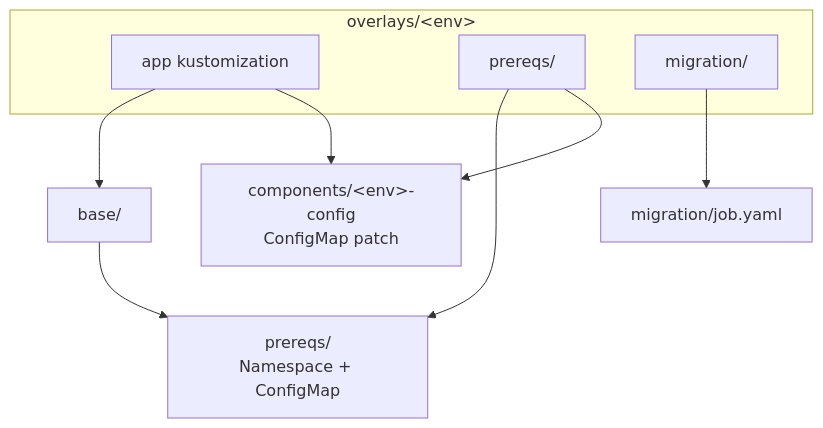
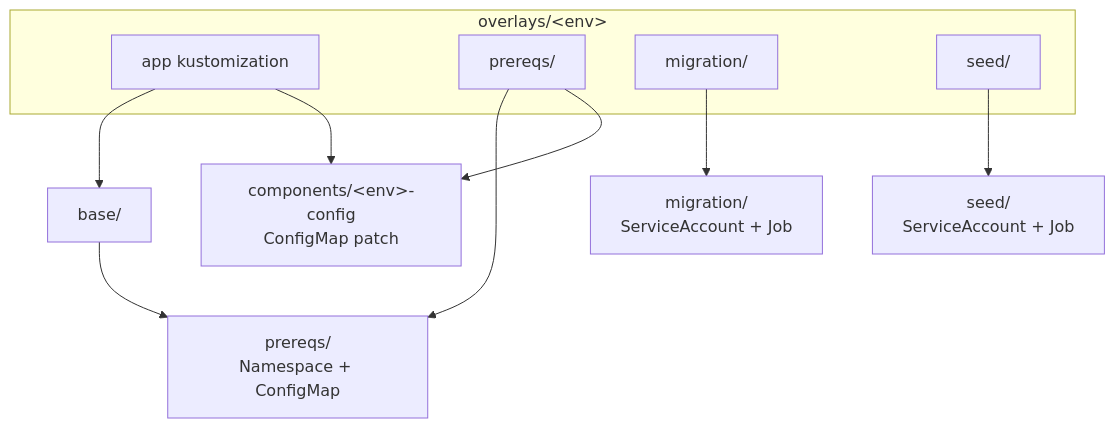
The second of 4 diagrams in deploy/k8s/README.md (chuanghiduoc/fiber-golang-boilerplate), drawn with Mermaid before and after one commit. The commit also changed other lines of this file and 911 other files, not shown here.

````diff
--- a/deploy/k8s/README.md
+++ b/deploy/k8s/README.md
@@ -66,17 +79,18 @@
 ```mermaid
 flowchart TB
     subgraph Overlay["overlays/&lt;env&gt;"]
         APP["app kustomization"]
         PRE["prereqs/"]
         MIG["migration/"]
+        SEED["seed/"]
     end
     COMP["components/&lt;env&gt;-config<br/>ConfigMap patch"]
     BASE["base/"]
     PREB["prereqs/<br/>Namespace + ConfigMap"]
-    JOBB["migration/job.yaml"]
     APP --> BASE --> PREB
     APP --> COMP
     PRE --> PREB
     PRE --> COMP
-    MIG --> JOBB
+    MIG --> JOBB["migration/<br/>ServiceAccount + Job"]
+    SEED --> JOBS["seed/<br/>ServiceAccount + Job"]
 ```
````
